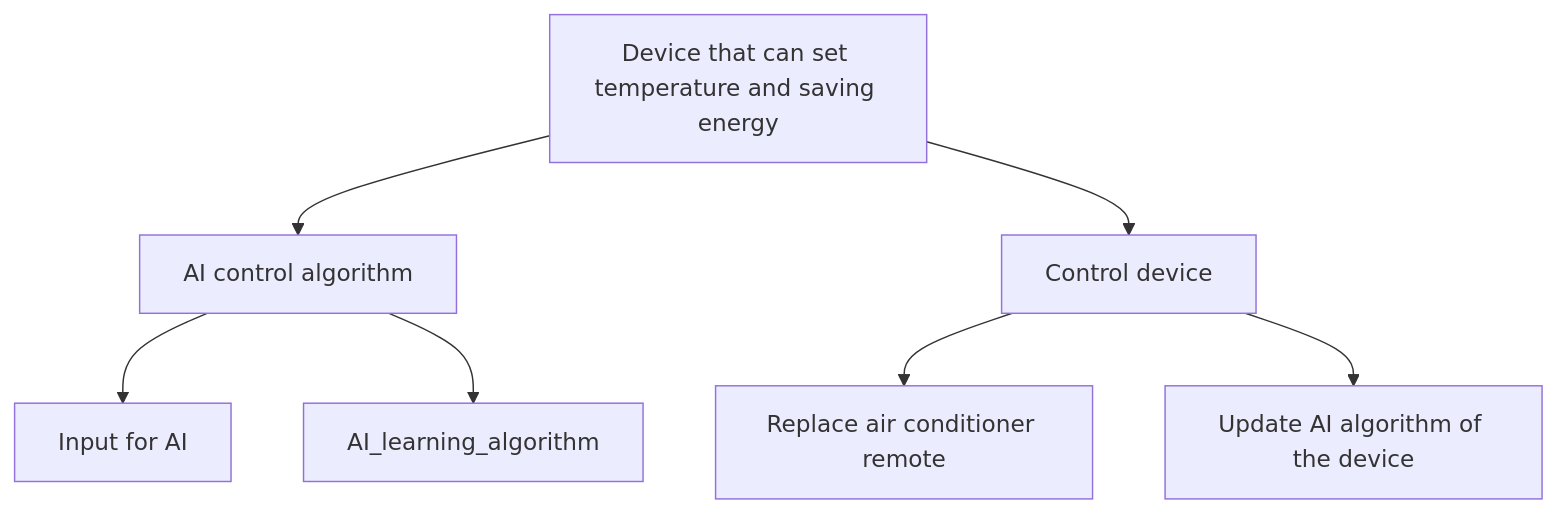
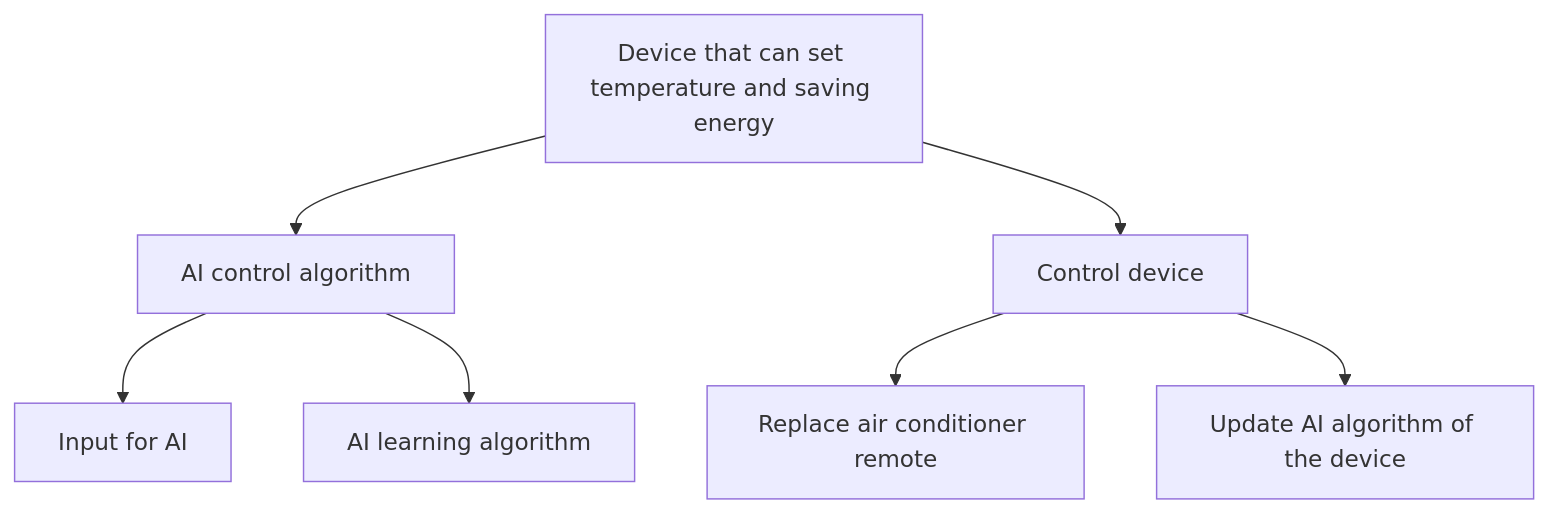
One commit to eddylau328/fyp-artificial-intelligence-ac-control-device changed the first of 4 diagrams in README.md. Above: the diagram before and after it, drawn with Mermaid. The commit also changed other lines of this file, not shown here.

````diff
--- a/README.md
+++ b/README.md
@@ -14,11 +14,11 @@
 ```mermaid
 graph TD;
     a["Device that can set temperature and saving energy"]-->b1["AI control algorithm"];
     a-->b2["Control device"];
     
     b1-->c1["Input for AI"];
-    b1-->c2["AI_learning_algorithm"];
+    b1-->c2["AI learning algorithm"];
     b2-->c3["Replace air conditioner remote"];
     b2-->c4["Update AI algorithm of the device"];
 
 ```
````
